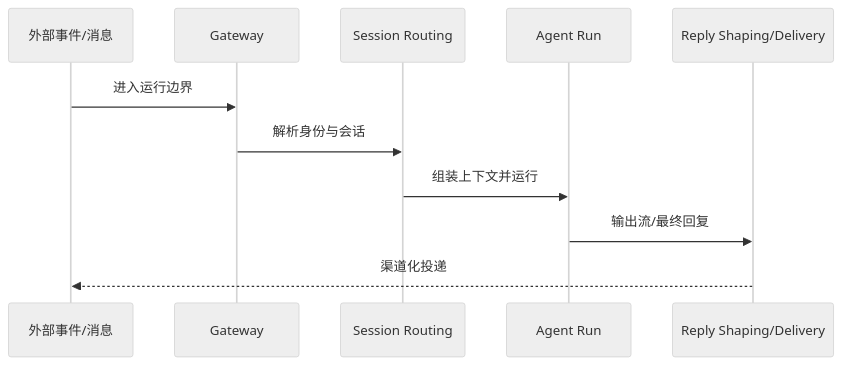
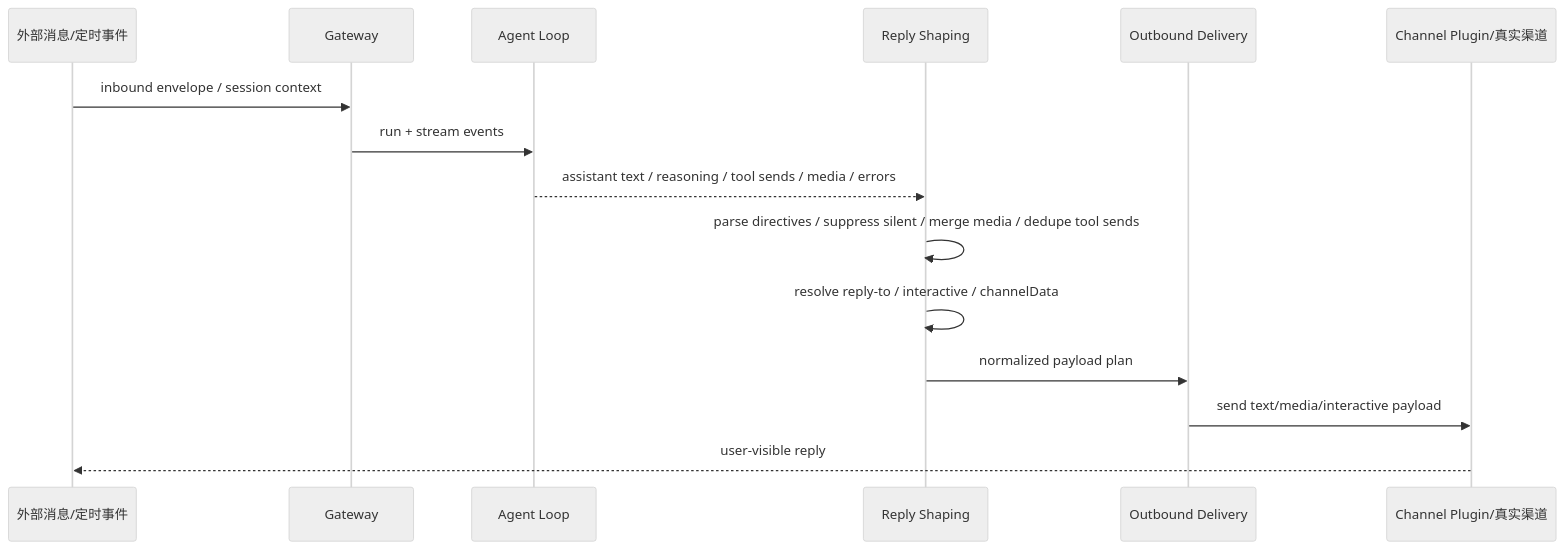
One commit to T0UGH/openclaw-source-reading changed the diagram in docs/guidebook/volume-4-delivery-extension-safety/13-reply-shaping.md. Above: the diagram before and after it, drawn with Mermaid (neutral theme). The commit also changed other lines of this file and 3 other files, not shown here.

````diff
--- a/docs/guidebook/volume-4-delivery-extension-safety/13-reply-shaping.md
+++ b/docs/guidebook/volume-4-delivery-extension-safety/13-reply-shaping.md
@@ -24,13 +41,18 @@
 ```mermaid
 sequenceDiagram
-  participant Source as 外部事件/消息
+  participant Source as 外部消息/定时事件
   participant Gateway as Gateway
-  participant Session as Session Routing
-  participant Agent as Agent Run
-  participant Delivery as Reply Shaping/Delivery
-  Source->>Gateway: 进入运行边界
-  Gateway->>Session: 解析身份与会话
-  Session->>Agent: 组装上下文并运行
-  Agent->>Delivery: 输出流/最终回复
-  Delivery-->>Source: 渠道化投递
+  participant Agent as Agent Loop
+  participant Shape as Reply Shaping
+  participant Outbound as Outbound Delivery
+  participant Channel as Channel Plugin/真实渠道
+
+  Source->>Gateway: inbound envelope / session context
+  Gateway->>Agent: run + stream events
+  Agent-->>Shape: assistant text / reasoning / tool sends / media / errors
+  Shape->>Shape: parse directives / suppress silent / merge media / dedupe tool sends
+  Shape->>Shape: resolve reply-to / interactive / channelData
+  Shape->>Outbound: normalized payload plan
+  Outbound->>Channel: send text/media/interactive payload
+  Channel-->>Source: user-visible reply
 ```
````
